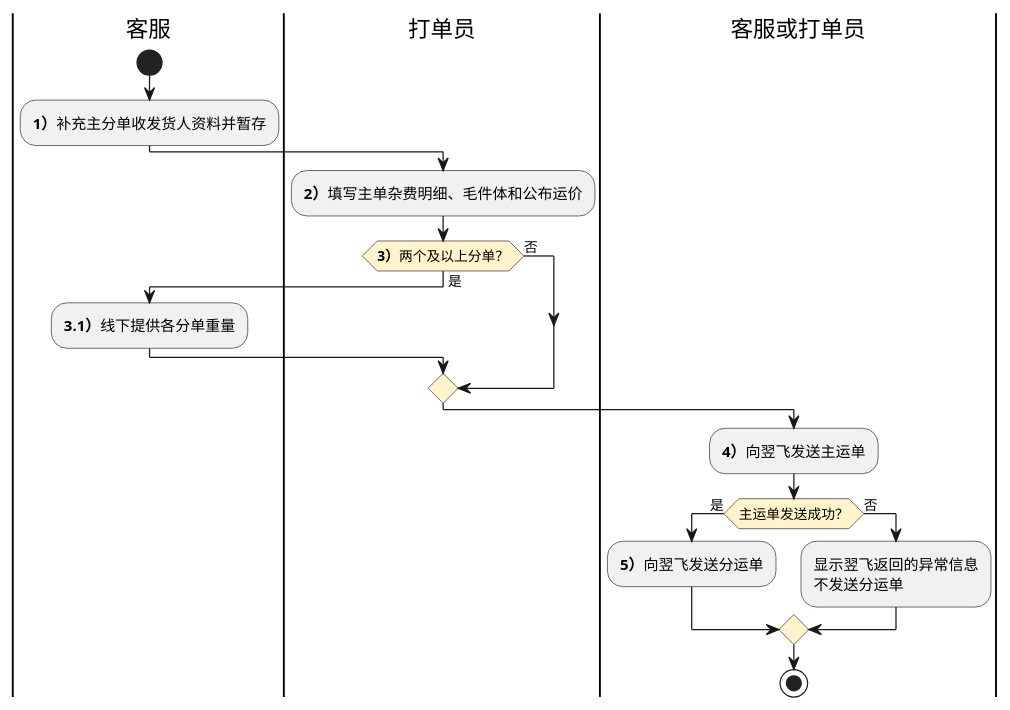
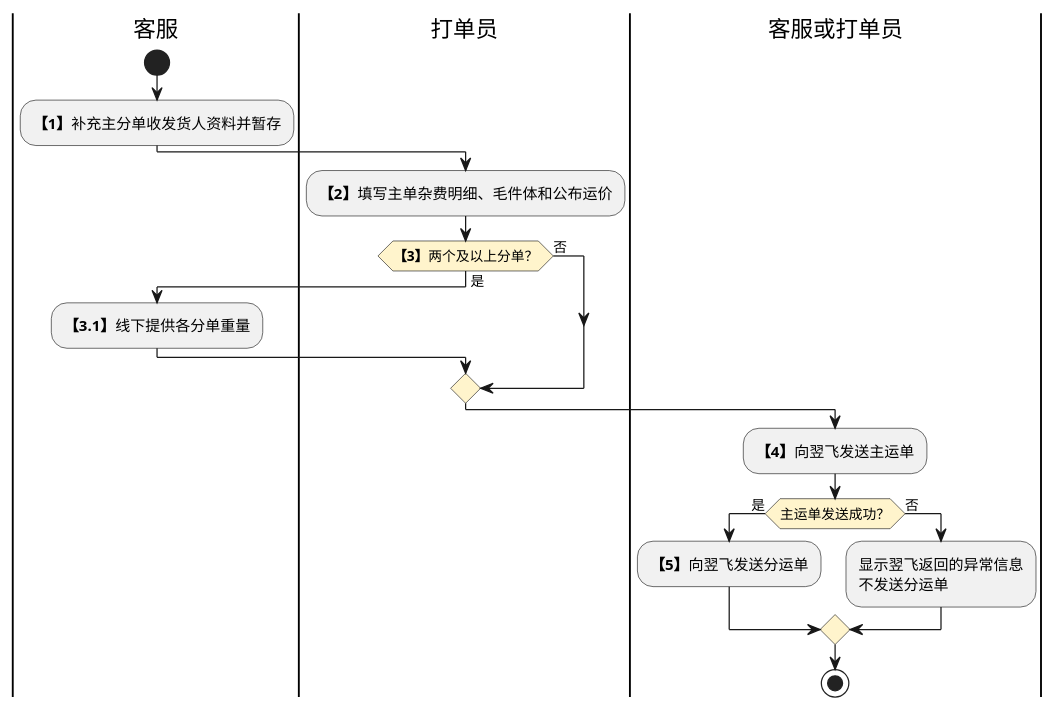
Before and after one commit to jack888332/projects-doc: the third of 4 diagrams in product-caliber/goldjet/segmented-prd/PRD.高捷物流系统一期.第011篇.空运提单与航司推送.ED54E43A14.md, drawn with PlantUML. The commit also changed other lines of this file and 12 other files, not shown here.

Commit message:
完善DSL图

````diff
--- a/product-caliber/goldjet/segmented-prd/PRD.高捷物流系统一期.第011篇.空运提单与航司推送.ED54E43A14.md
+++ b/product-caliber/goldjet/segmented-prd/PRD.高捷物流系统一期.第011篇.空运提单与航司推送.ED54E43A14.md
@@ -444,23 +444,23 @@
 ```plantuml
 @startuml goldjet-011-airline-waybill-send
 skinparam activityDiamondBackgroundColor #FFF4CC
 |客服|
 start
-:**1）**补充主分单收发货人资料并暂存;
+:**【1】**补充主分单收发货人资料并暂存;
 |打单员|
-:**2）**填写主单杂费明细、毛件体和公布运价;
-if (**3）**两个及以上分单？) then (是)
+:**【2】**填写主单杂费明细、毛件体和公布运价;
+if (**【3】**两个及以上分单？) then (是)
   |客服|
-  :**3.1）**线下提供各分单重量;
+  :**【3.1】**线下提供各分单重量;
 else (否)
 endif
 |客服或打单员|
-:**4）**向翌飞发送主运单;
+:**【4】**向翌飞发送主运单;
 if (主运单发送成功？) then (是)
-  :**5）**向翌飞发送分运单;
+  :**【5】**向翌飞发送分运单;
 else (否)
   :显示翌飞返回的异常信息\n不发送分运单;
 endif
 stop
 @enduml
 ```
````
